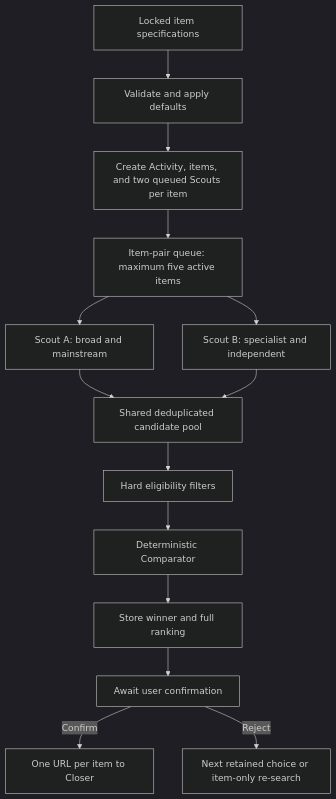
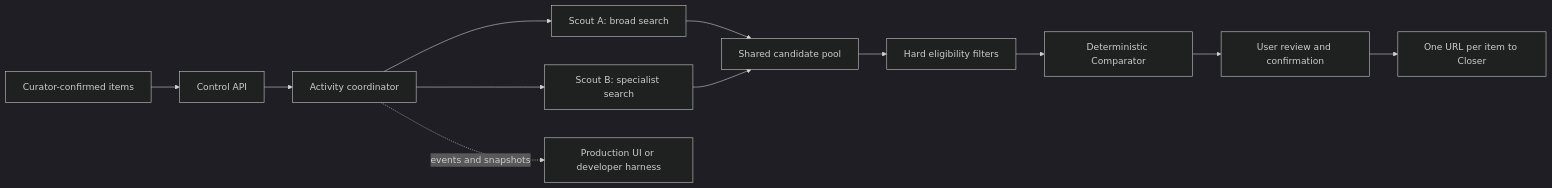
One commit to itsbrandonaw/straitsxhackathonworkflowagent changed the first of 2 diagrams in README.md. Above: the diagram before and after it, drawn with Mermaid (dark theme). The commit also changed other lines of this file and 2 other files, not shown here.

````diff
--- a/README.md
+++ b/README.md
@@ -73,16 +77,14 @@
 ```mermaid
-flowchart TD
-  REQUEST["Locked item specifications"] --> VALIDATE["Validate and apply defaults"]
-  VALIDATE --> CREATE["Create Activity, items, and two queued Scouts per item"]
-  CREATE --> QUEUE["Item-pair queue: maximum five active items"]
-  QUEUE --> A["Scout A: broad and mainstream"]
-  QUEUE --> B["Scout B: specialist and independent"]
-  A --> POOL["Shared deduplicated candidate pool"]
-  B --> POOL
+flowchart LR
+  CURATOR["Curator-confirmed items"] --> API["Control API"]
+  API --> COORD["Activity coordinator"]
+  COORD --> QA["Scout A: broad search"]
+  COORD --> QB["Scout B: specialist search"]
+  QA --> POOL["Shared candidate pool"]
+  QB --> POOL
   POOL --> FILTER["Hard eligibility filters"]
   FILTER --> SCORE["Deterministic Comparator"]
-  SCORE --> SELECT["Store winner and full ranking"]
-  SELECT --> REVIEW["Await user confirmation"]
-  REVIEW -->|Confirm| HANDOFF["One URL per item to Closer"]
-  REVIEW -->|Reject| NEXT["Next retained choice or item-only re-search"]
+  SCORE --> REVIEW["User review and confirmation"]
+  REVIEW --> HANDOFF["One URL per item to Closer"]
+  COORD -. "events and snapshots" .-> UI["Production UI or developer harness"]
 ```
````
